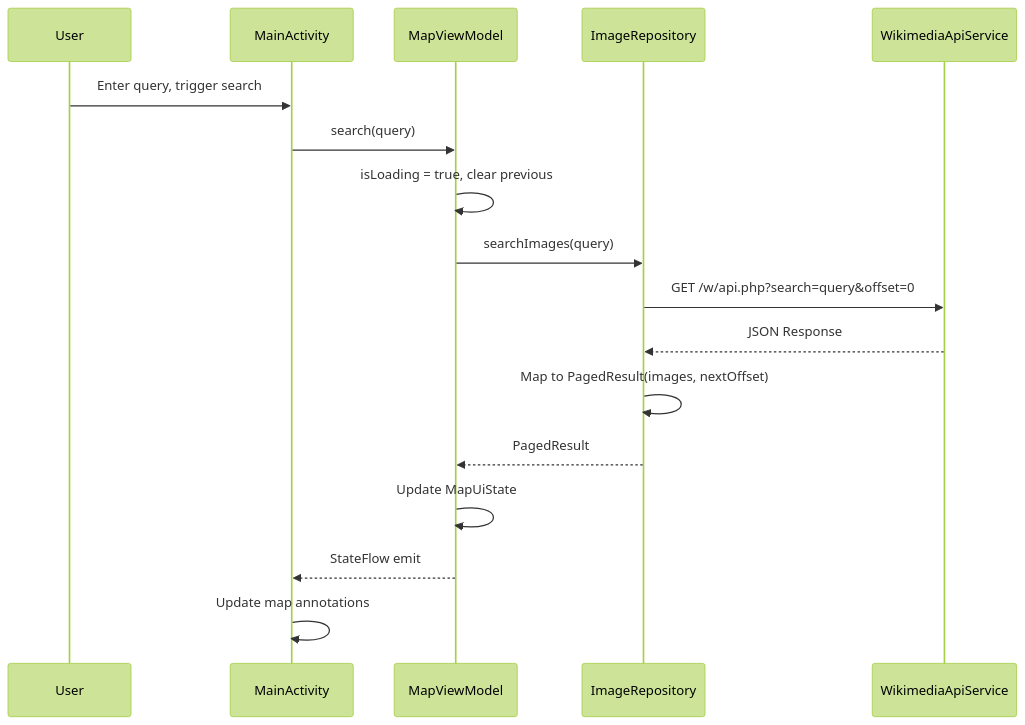
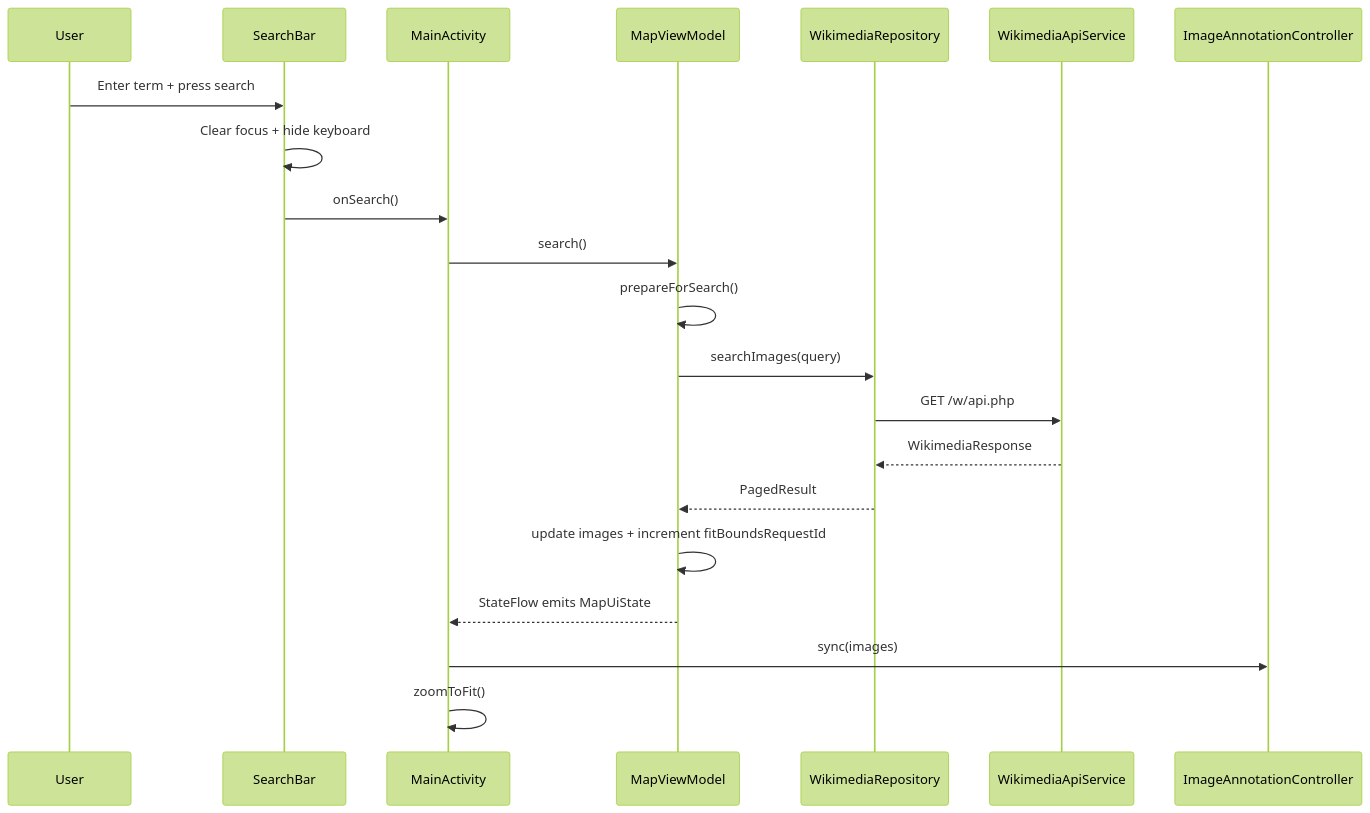
One commit to duchangyu/mapbox-wikimedia-explorer changed the second of 6 diagrams in ARCHITECTURE.md. Above: the diagram before and after it, drawn with Mermaid (forest theme). The commit also changed other lines of this file, not shown here.

Commit message:
Update architecture documentation

````diff
--- a/ARCHITECTURE.md
+++ b/ARCHITECTURE.md
@@ -109,20 +82,24 @@
 ```mermaid
 sequenceDiagram
     participant User
-    participant UI as MainActivity
+    participant SearchBar
+    participant MainActivity
     participant VM as MapViewModel
-    participant Repo as ImageRepository
+    participant Repo as WikimediaRepository
     participant API as WikimediaApiService
+    participant Map as ImageAnnotationController
 
-    User->>UI: Enter query, trigger search
-    UI->>VM: search(query)
-    VM->>VM: isLoading = true, clear previous
+    User->>SearchBar: Enter term + press search
+    SearchBar->>SearchBar: Clear focus + hide keyboard
+    SearchBar->>MainActivity: onSearch()
+    MainActivity->>VM: search()
+    VM->>VM: prepareForSearch()
     VM->>Repo: searchImages(query)
-    Repo->>API: GET /w/api.php?search=query&offset=0
-    API-->>Repo: JSON Response
-    Repo->>Repo: Map to PagedResult(images, nextOffset)
+    Repo->>API: GET /w/api.php
+    API-->>Repo: WikimediaResponse
     Repo-->>VM: PagedResult
-    VM->>VM: Update MapUiState
-    VM-->>UI: StateFlow emit
-    UI->>UI: Update map annotations
+    VM->>VM: update images + increment fitBoundsRequestId
+    VM-->>MainActivity: StateFlow emits MapUiState
+    MainActivity->>Map: sync(images)
+    MainActivity->>MainActivity: zoomToFit()
 ```
````
